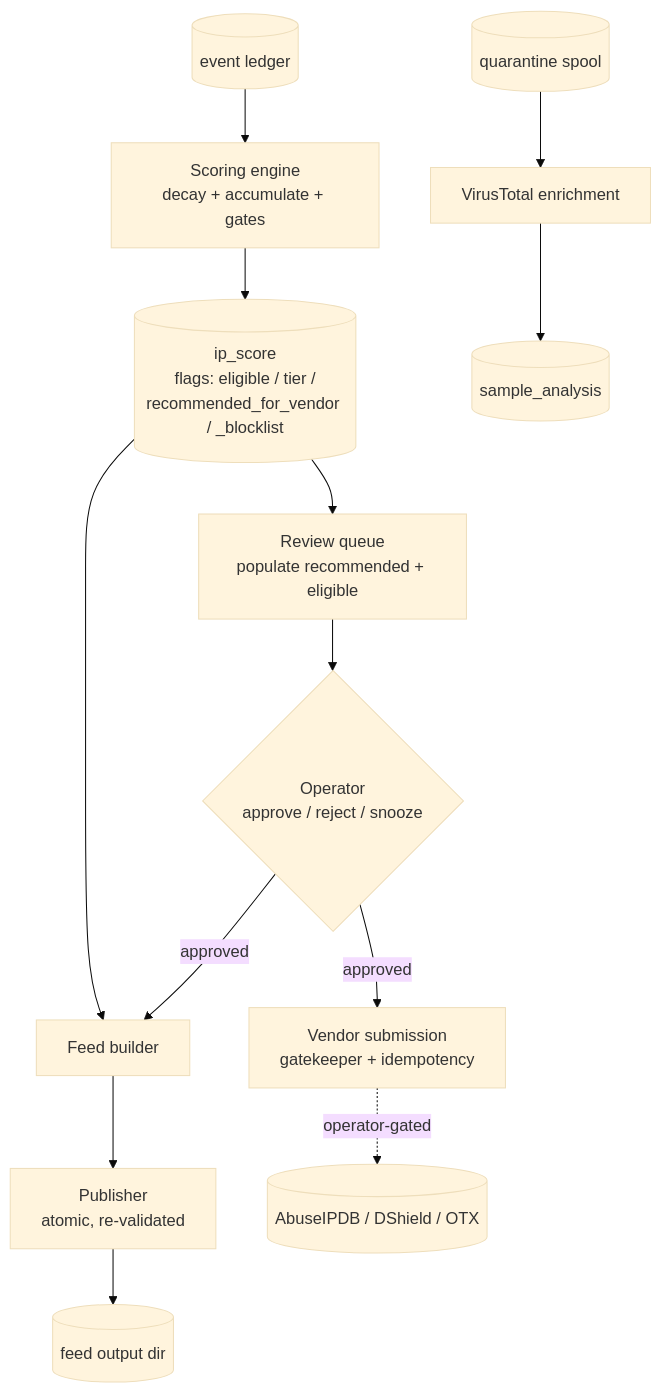
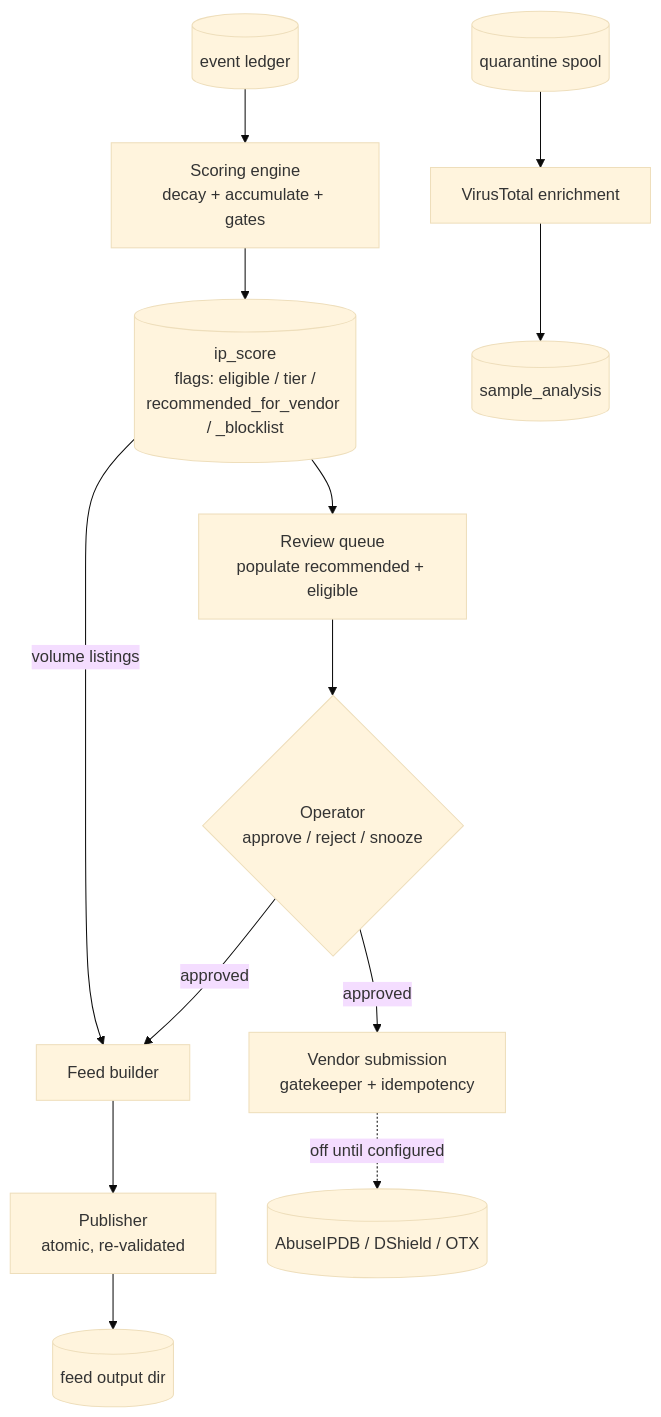
One commit to brandontroidl/Propolis changed the diagram in docs/architecture/pipeline.md. Above: the diagram before and after it, drawn with Mermaid (base theme). The commit also changed other lines of this file and 11 other files, not shown here.

````diff
--- a/docs/architecture/pipeline.md
+++ b/docs/architecture/pipeline.md
@@ -25,15 +22,15 @@
 ```mermaid
 flowchart TD
   E[(event ledger)] --> S[Scoring engine<br/>decay + accumulate + gates]
   S --> P[(ip_score<br/>flags: eligible / tier /<br/>recommended_for_vendor / _blocklist)]
   P --> RQ[Review queue<br/>populate recommended + eligible]
   RQ --> OP{Operator<br/>approve / reject / snooze}
-  P --> FB[Feed builder]
+  P -->|volume listings| FB[Feed builder]
   OP -->|approved| FB
   FB --> FP[Publisher<br/>atomic, re-validated]
   FP --> FO[(feed output dir)]
   OP -->|approved| VS[Vendor submission<br/>gatekeeper + idempotency]
-  VS -.operator-gated.-> V[(AbuseIPDB / DShield / OTX)]
+  VS -.off until configured.-> V[(AbuseIPDB / DShield / OTX)]
   SP[(quarantine spool)] --> VT[VirusTotal enrichment]
   VT --> SA[(sample_analysis)]
 ```
````
